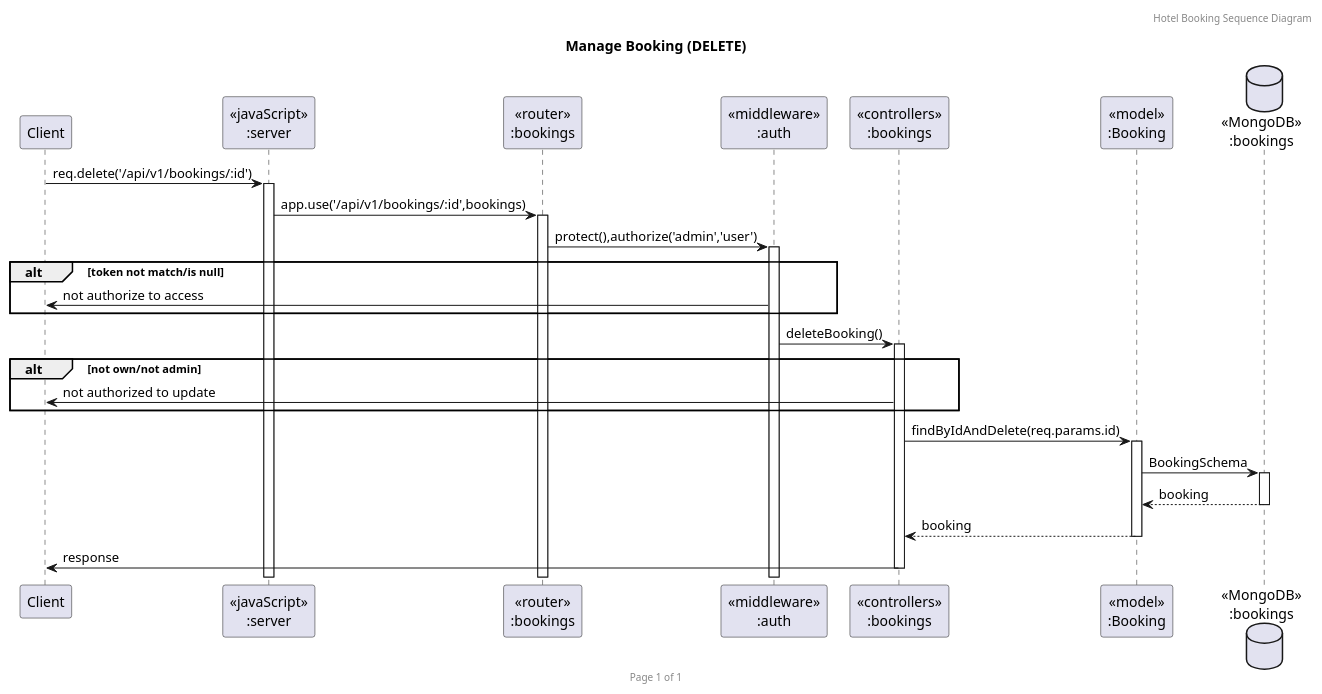
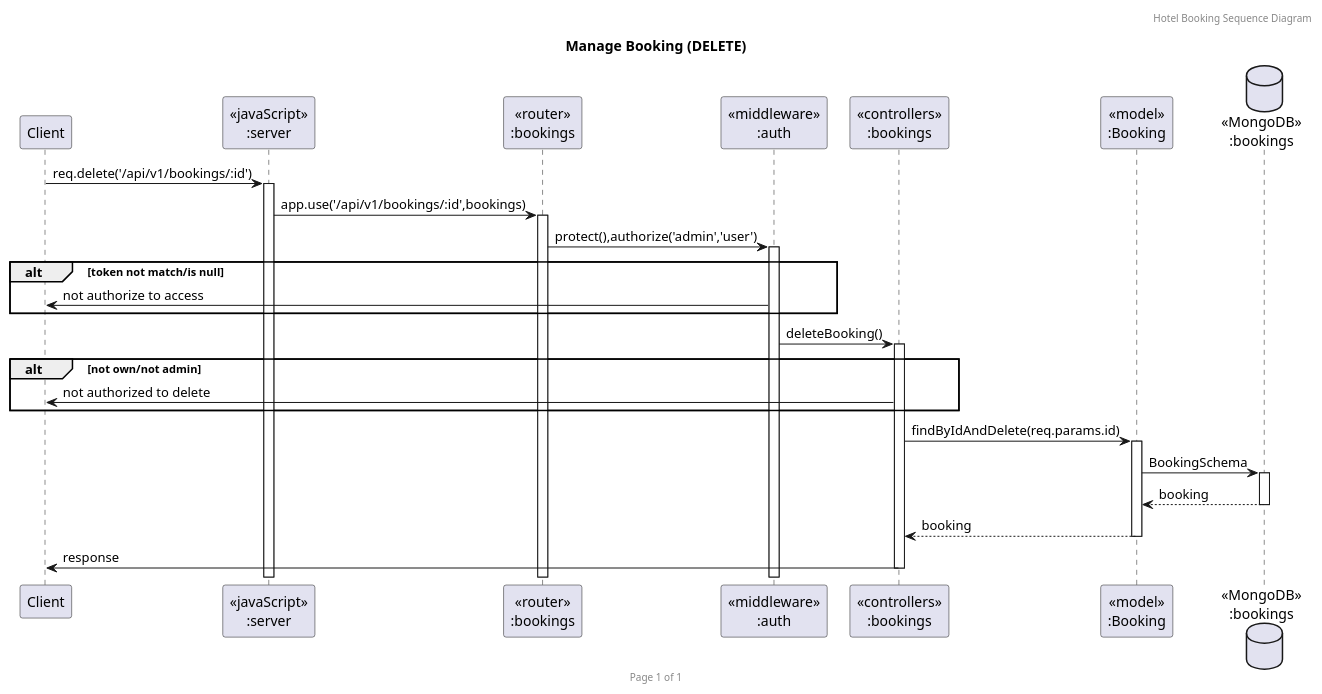
One commit to 2110503TACEDT66/presentation-day-1-drift changed the diagram in Hotel_pumls/deleteBooking.puml. Above: the diagram before and after it, drawn with PlantUML. The commit also changed 3 other files, not shown here.

Commit message:
adjust getBooking & deleteBooking uml

```diff
--- a/Hotel_pumls/deleteBooking.puml
+++ b/Hotel_pumls/deleteBooking.puml
@@ -1,37 +1,37 @@
 @startuml Manage Booking (DELETE)
 
 header Hotel Booking Sequence Diagram
 footer Page %page% of %lastpage%
 title "Manage Booking (DELETE)"
 
 participant "Client" as client
 participant "<<javaScript>>\n:server" as server
 participant "<<router>>\n:bookings" as routerBookings
 participant "<<middleware>>\n:auth" as middleware
 participant "<<controllers>>\n:bookings" as controllersBookings
 participant "<<model>>\n:Booking" as modelBooking
 database "<<MongoDB>>\n:bookings" as BookingsDatabase
 
 client->server ++:req.delete('/api/v1/bookings/:id')
 server->routerBookings ++:app.use('/api/v1/bookings/:id',bookings)
 
 
 
 routerBookings -> middleware ++: protect(),authorize('admin','user')
 alt token not match/is null
     client <- middleware : not authorize to access
 end
 middleware -> controllersBookings ++: deleteBooking()
 
 alt not own/not admin
-    client <- controllersBookings :not authorized to update
+    client <- controllersBookings :not authorized to delete
 end
 
 controllersBookings->modelBooking ++:findByIdAndDelete(req.params.id)
 modelBooking ->BookingsDatabase ++: BookingSchema
 BookingsDatabase --> modelBooking --: booking
 controllersBookings <-- modelBooking --:booking
 controllersBookings->client --:response
 
 
 @enduml
```
